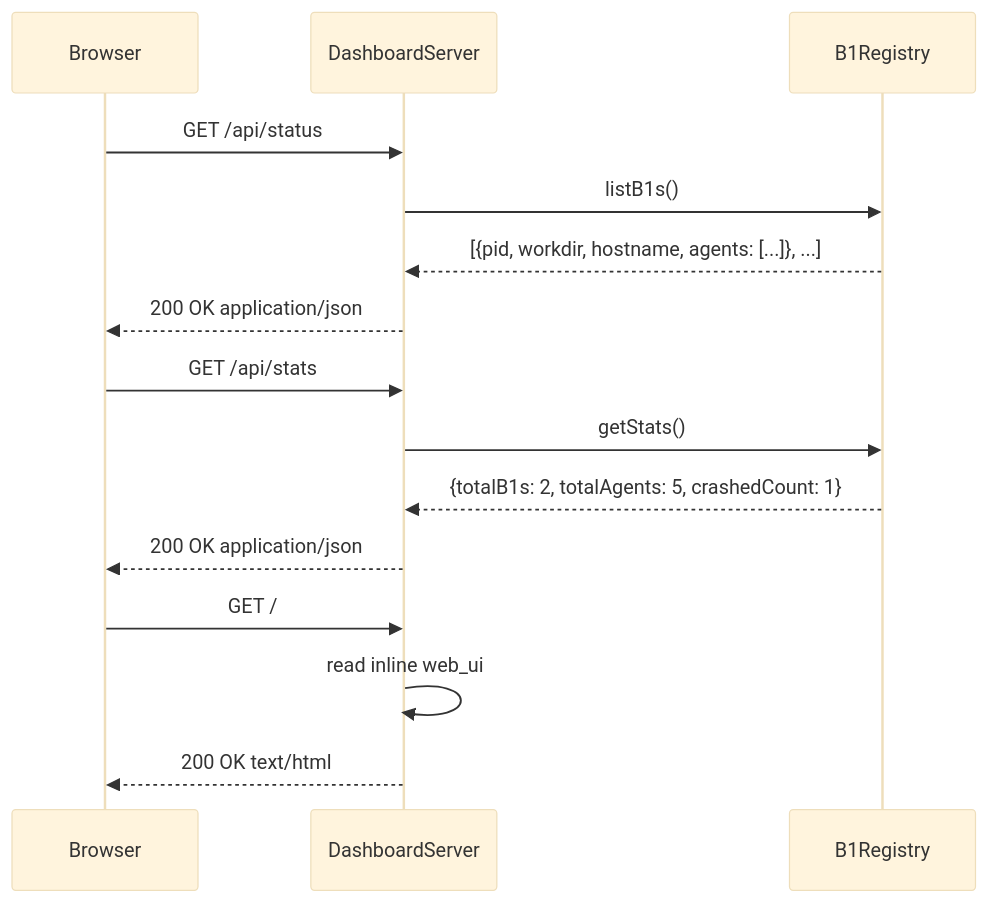
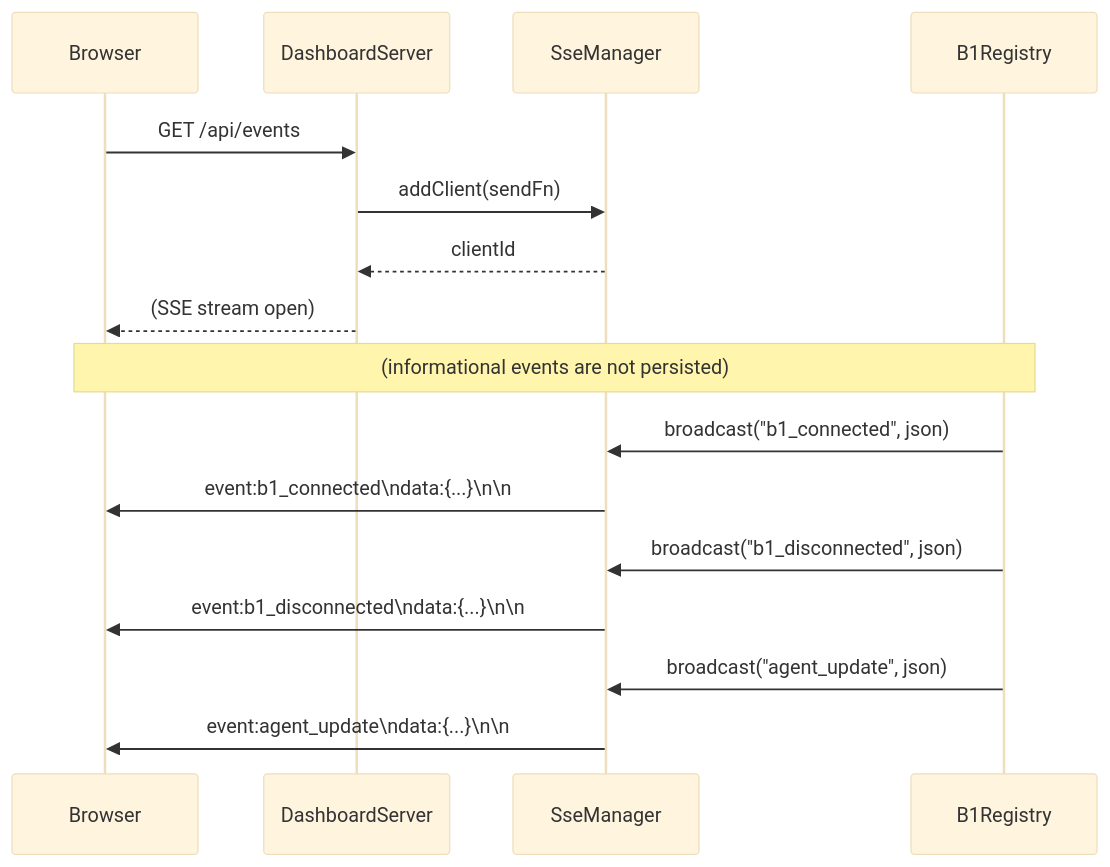
The third of 5 diagrams in src/c2/technical-specification.md (opensassi/a0), drawn with Mermaid (base theme) before and after one commit. The commit also changed other lines of this file and 71 other files, not shown here.

Commit message:
2026-05-30-c2-web-ui-sse-187c814dbffe7QiQREe2OBfkpi

````diff
--- a/src/c2/technical-specification.md
+++ b/src/c2/technical-specification.md
@@ -291,20 +360,23 @@
 ```mermaid
 sequenceDiagram
     participant Browser
-    participant Dash as DashboardServer
-    participant Reg as B1Registry
+    participant D as DashboardServer
+    participant SSE as SseManager
+    participant REG as B1Registry
 
-    Browser->>Dash: GET /api/status
-    Dash->>Reg: listB1s()
-    Reg-->>Dash: [{pid, workdir, hostname, agents: [...]}, ...]
-    Dash-->>Browser: 200 OK application/json
+    Browser->>D: GET /api/events
+    D->>SSE: addClient(sendFn)
+    SSE-->>D: clientId
+    D-->>Browser: (SSE stream open)
 
-    Browser->>Dash: GET /api/stats
-    Dash->>Reg: getStats()
-    Reg-->>Dash: {totalB1s: 2, totalAgents: 5, crashedCount: 1}
-    Dash-->>Browser: 200 OK application/json
+    Note over Browser,REG: (informational events are not persisted)
 
-    Browser->>Dash: GET /
-    Dash->>Dash: read inline web_ui
-    Dash-->>Browser: 200 OK text/html
+    REG->>SSE: broadcast("b1_connected", json)
+    SSE->>Browser: event:b1_connected\ndata:{...}\n\n
+
+    REG->>SSE: broadcast("b1_disconnected", json)
+    SSE->>Browser: event:b1_disconnected\ndata:{...}\n\n
+
+    REG->>SSE: broadcast("agent_update", json)
+    SSE->>Browser: event:agent_update\ndata:{...}\n\n
 ```
````
